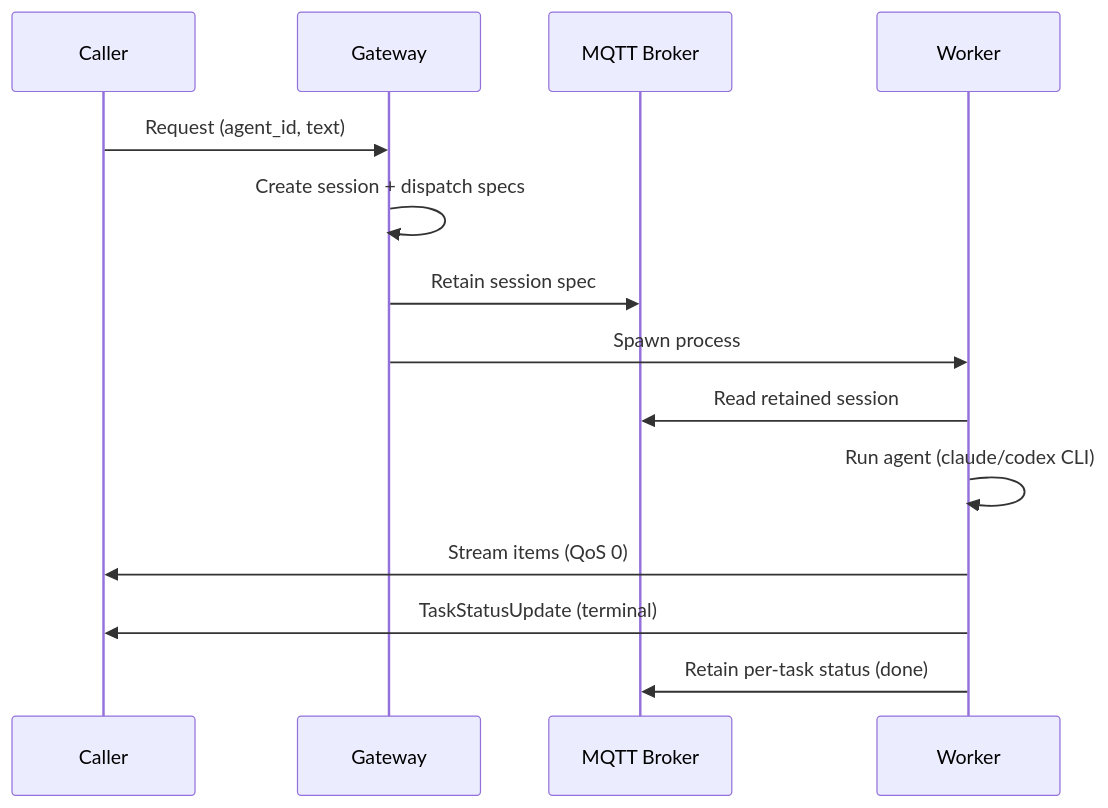
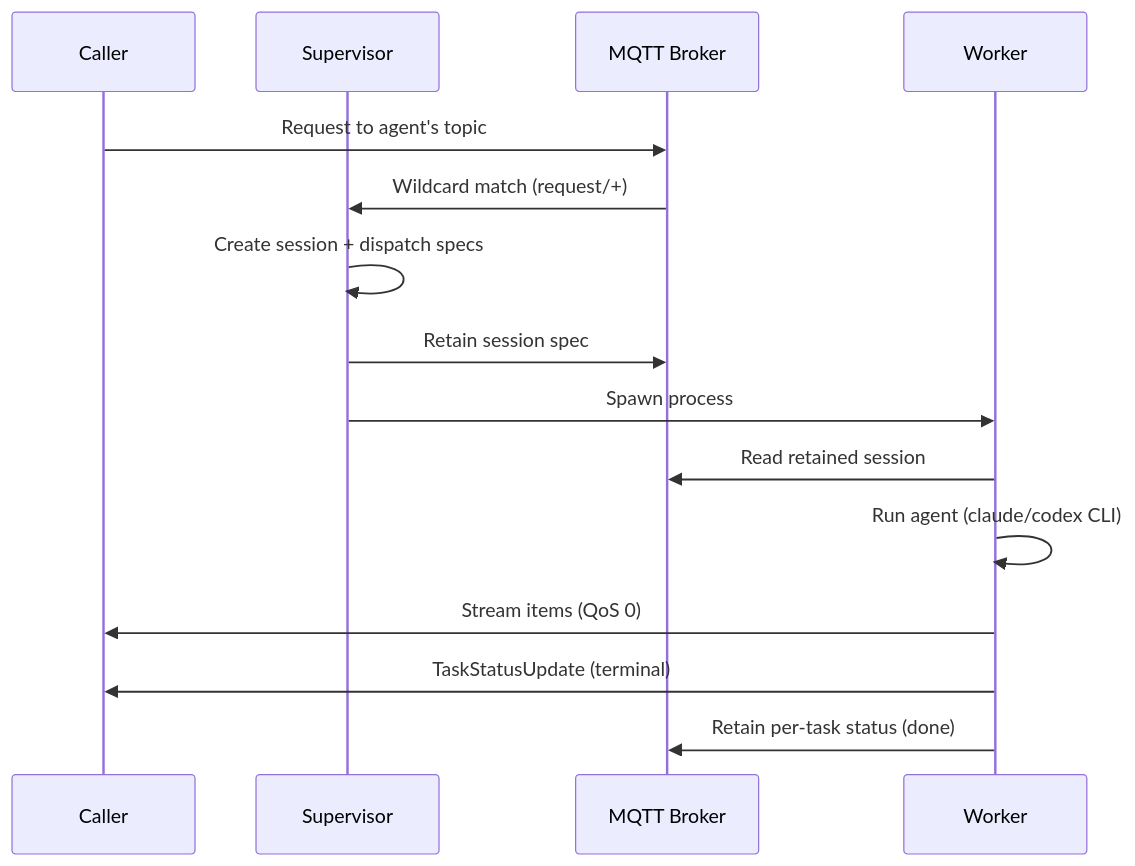
One commit to id/skitter changed the first of 3 diagrams in docs/architecture.md. Above: the diagram before and after it, drawn with Mermaid. The commit also changed other lines of this file and 1 other file, not shown here.

Commit message:
docs: update README.md and docs/architecture.md

````diff
--- a/docs/architecture.md
+++ b/docs/architecture.md
@@ -44,17 +47,18 @@
 ```mermaid
 sequenceDiagram
     participant C as Caller
-    participant G as Gateway
+    participant S as Supervisor
     participant B as MQTT Broker
     participant W as Worker
 
-    C->>G: Request (agent_id, text)
-    G->>G: Create session + dispatch specs
-    G->>B: Retain session spec
-    G->>W: Spawn process
+    C->>B: Request to agent's topic
+    B->>S: Wildcard match (request/+)
+    S->>S: Create session + dispatch specs
+    S->>B: Retain session spec
+    S->>W: Spawn process
     W->>B: Read retained session
     W->>W: Run agent (claude/codex CLI)
     W->>C: Stream items (QoS 0)
     W->>C: TaskStatusUpdate (terminal)
     W->>B: Retain per-task status (done)
 ```
````
